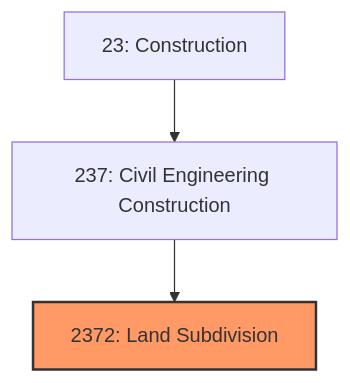
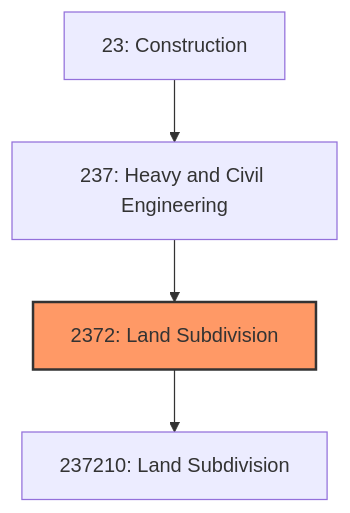
Before and after one commit to kziemski/business.org.ai: the first of 3 diagrams in industries/Construction/CivilEngineeringConstruction/LandSubdivision.mdx, drawn with Mermaid. The commit also changed other lines of this file and 67 other files, not shown here.

````diff
--- a/industries/Construction/CivilEngineeringConstruction/LandSubdivision.mdx
+++ b/industries/Construction/CivilEngineeringConstruction/LandSubdivision.mdx
@@ -20,7 +34,8 @@
 ```mermaid
 graph TD
     S23["23: Construction"]
-    S23 --> N237["237: Civil Engineering Construction"]
+    S23 --> N237["237: Heavy and Civil Engineering"]
     N237 --> N2372["2372: Land Subdivision"]
     style N2372 fill:#f96,stroke:#333,stroke-width:2px
+    N2372 --> N237210["237210: Land Subdivision"]
 ```
````
